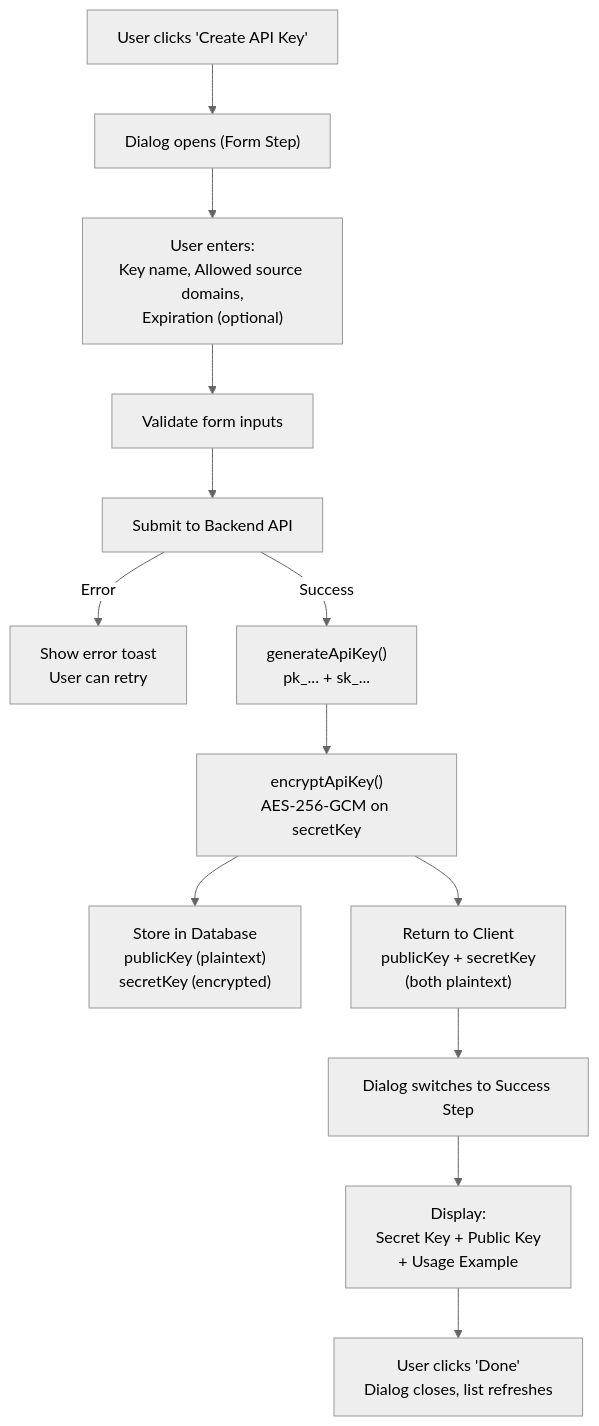
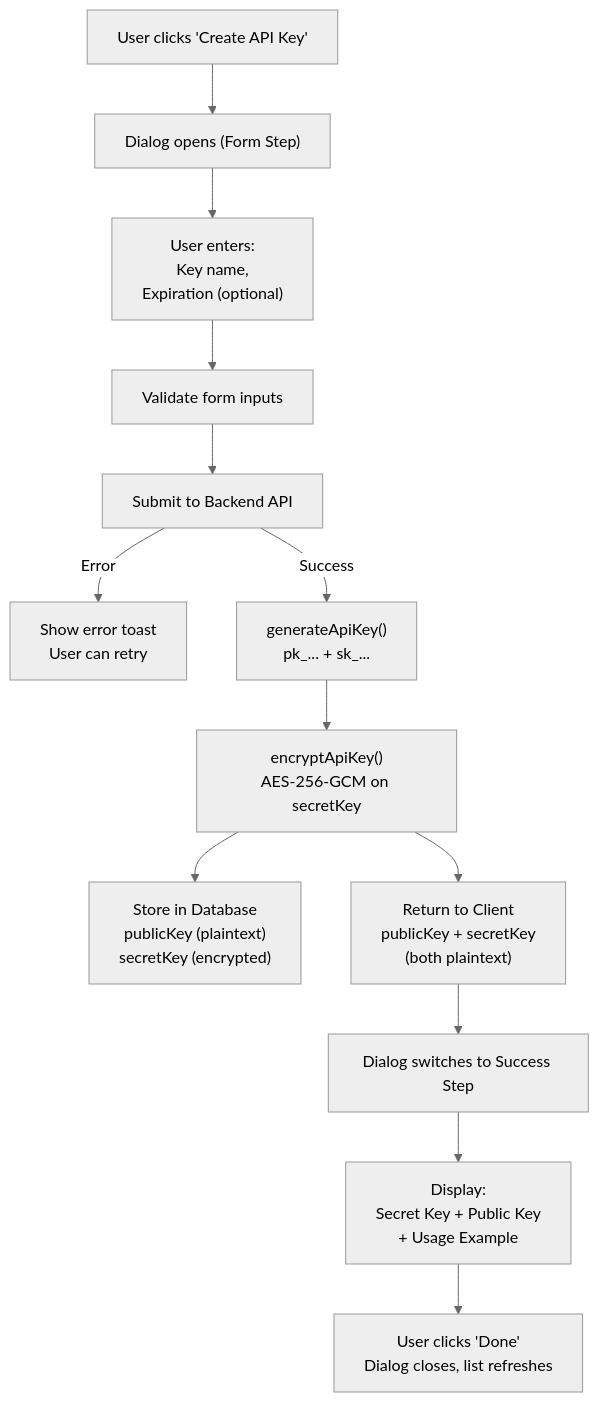
Before and after one commit to EricTsai83/optstuff: the diagram in apps/docs/content/docs/internal/create-api-key-flow.mdx, drawn with Mermaid (neutral theme). The commit also changed other lines of this file and 29 other files, not shown here.

````diff
--- a/apps/docs/content/docs/internal/create-api-key-flow.mdx
+++ b/apps/docs/content/docs/internal/create-api-key-flow.mdx
@@ -14,19 +16,19 @@
 ```mermaid
 flowchart TD
   A["User clicks 'Create API Key'"] --> B["Dialog opens (Form Step)"]
-  B --> C["User enters:\nKey name, Allowed source domains,\nExpiration (optional)"]
+  B --> C["User enters:\nKey name,\nExpiration (optional)"]
   C --> D["Validate form inputs"]
   D --> E["Submit to Backend API"]
 
   E -->|Error| ERR["Show error toast\nUser can retry"]
   E -->|Success| F["generateApiKey()\npk_... + sk_..."]
 
   F --> G["encryptApiKey()\nAES-256-GCM on secretKey"]
 
   G --> H["Store in Database\npublicKey (plaintext)\nsecretKey (encrypted)"]
   G --> I["Return to Client\npublicKey + secretKey\n(both plaintext)"]
 
   I --> J["Dialog switches to Success Step"]
   J --> K["Display:\nSecret Key + Public Key\n+ Usage Example"]
   K --> L["User clicks 'Done'\nDialog closes, list refreshes"]
 ```
````
